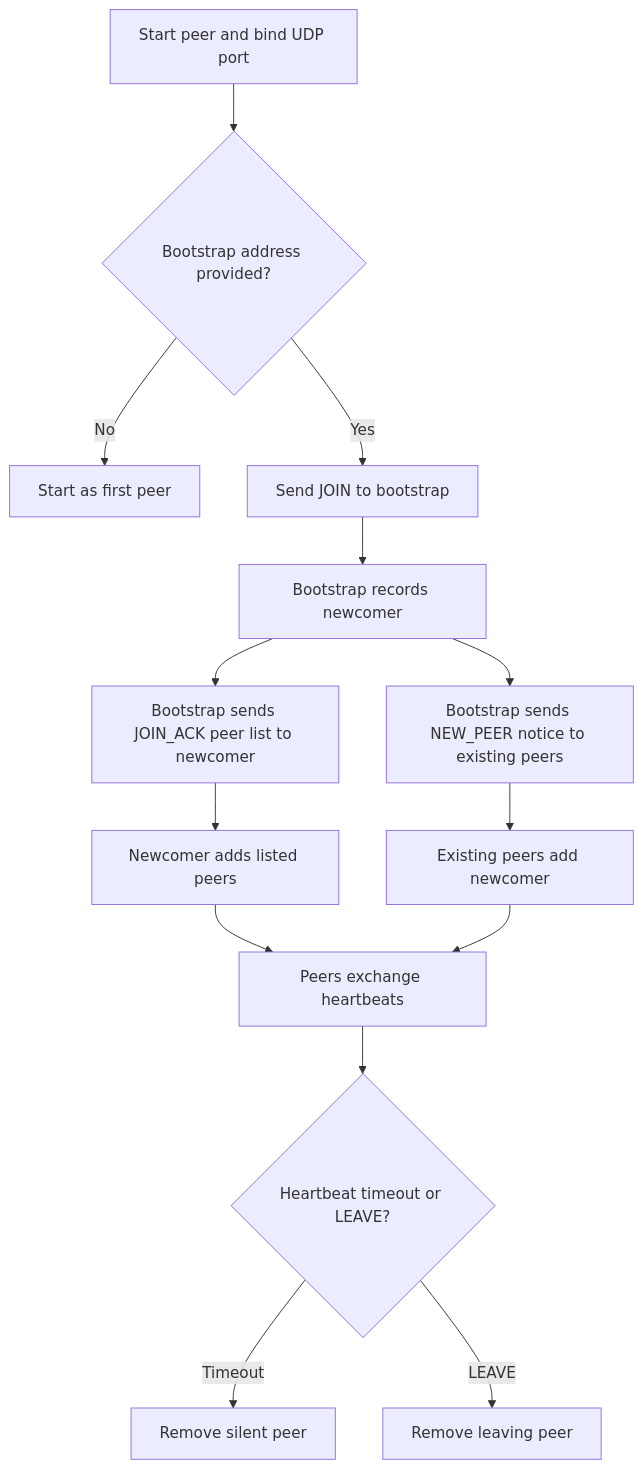
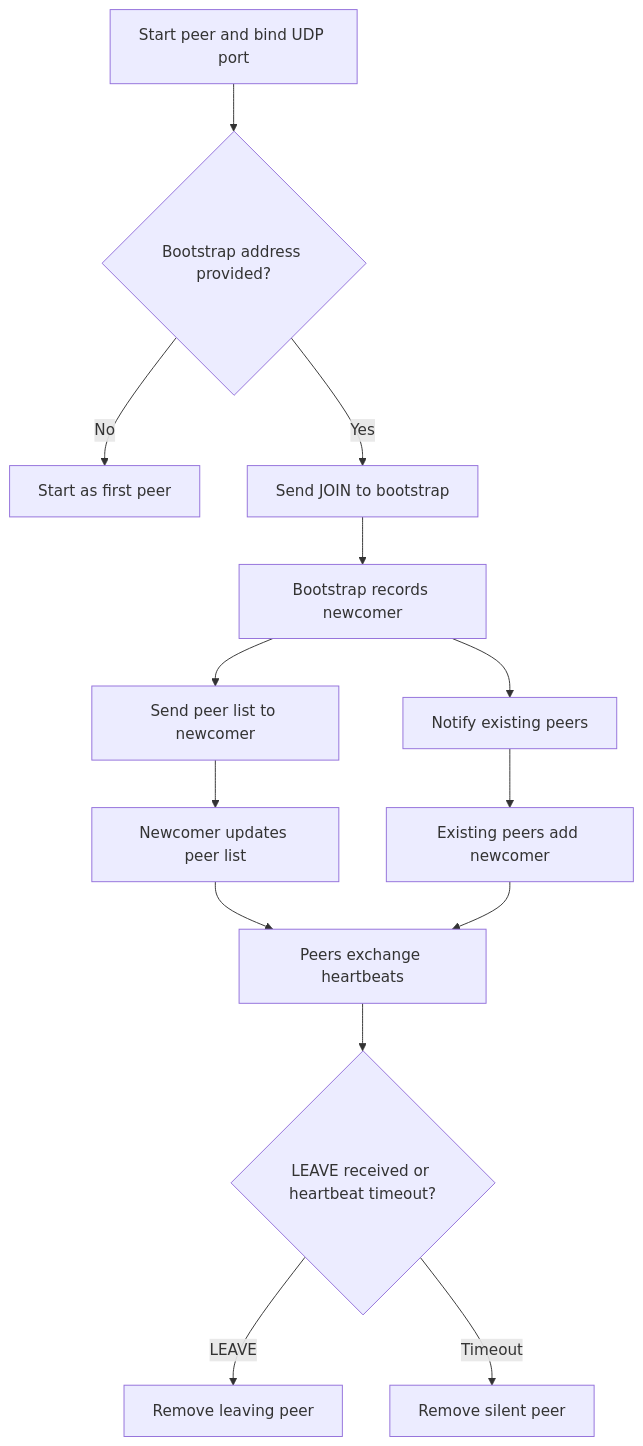
Before and after one commit to usman-irshad1/p2p: the first of 3 diagrams in Readme.md, drawn with Mermaid. The commit also changed other lines of this file and 1 other file, not shown here.

Commit message:
Connect peers to replicated file transfer

````diff
--- a/Readme.md
+++ b/Readme.md
@@ -61,16 +81,16 @@
 ```mermaid
 flowchart TD
     A[Start peer and bind UDP port] --> B{Bootstrap address provided?}
     B -- No --> C[Start as first peer]
     B -- Yes --> D[Send JOIN to bootstrap]
     D --> E[Bootstrap records newcomer]
-    E --> F[Bootstrap sends JOIN_ACK peer list to newcomer]
-    E --> G[Bootstrap sends NEW_PEER notice to existing peers]
-    F --> H[Newcomer adds listed peers]
+    E --> F[Send peer list to newcomer]
+    E --> G[Notify existing peers]
+    F --> H[Newcomer updates peer list]
     G --> I[Existing peers add newcomer]
     H --> J[Peers exchange heartbeats]
     I --> J
-    J --> K{Heartbeat timeout or LEAVE?}
-    K -- Timeout --> L[Remove silent peer]
-    K -- LEAVE --> M[Remove leaving peer]
+    J --> K{LEAVE received or heartbeat timeout?}
+    K -- LEAVE --> L[Remove leaving peer]
+    K -- Timeout --> M[Remove silent peer]
 ```
````
